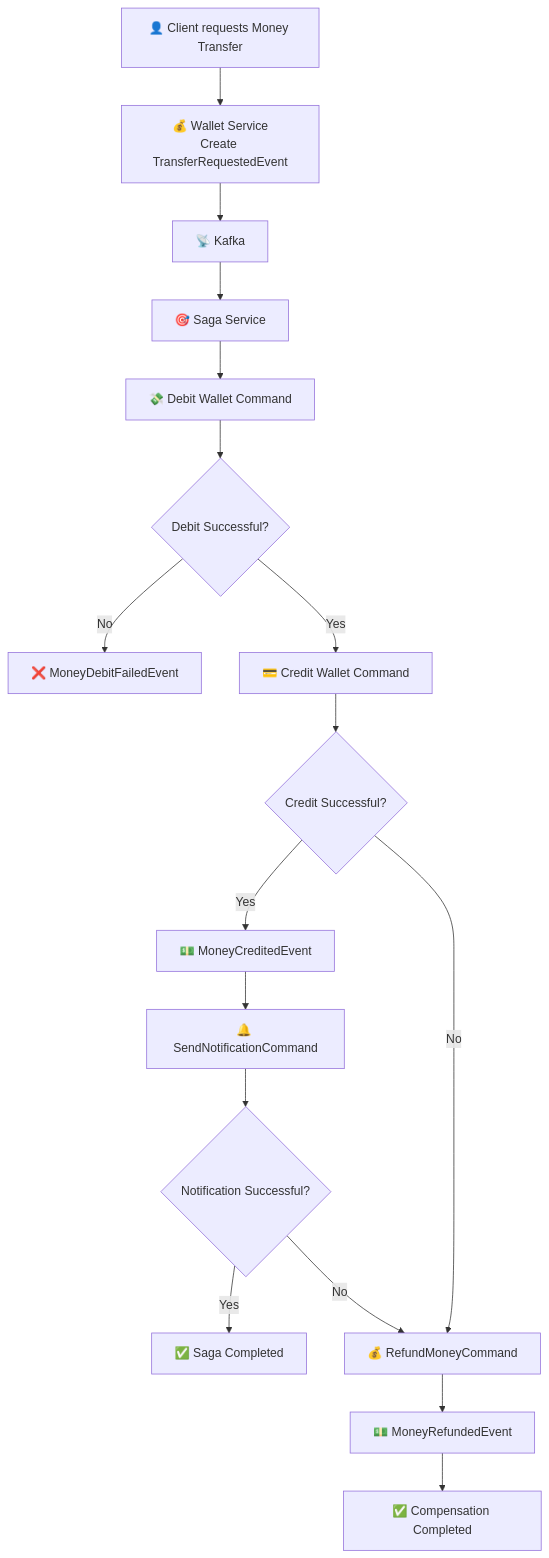
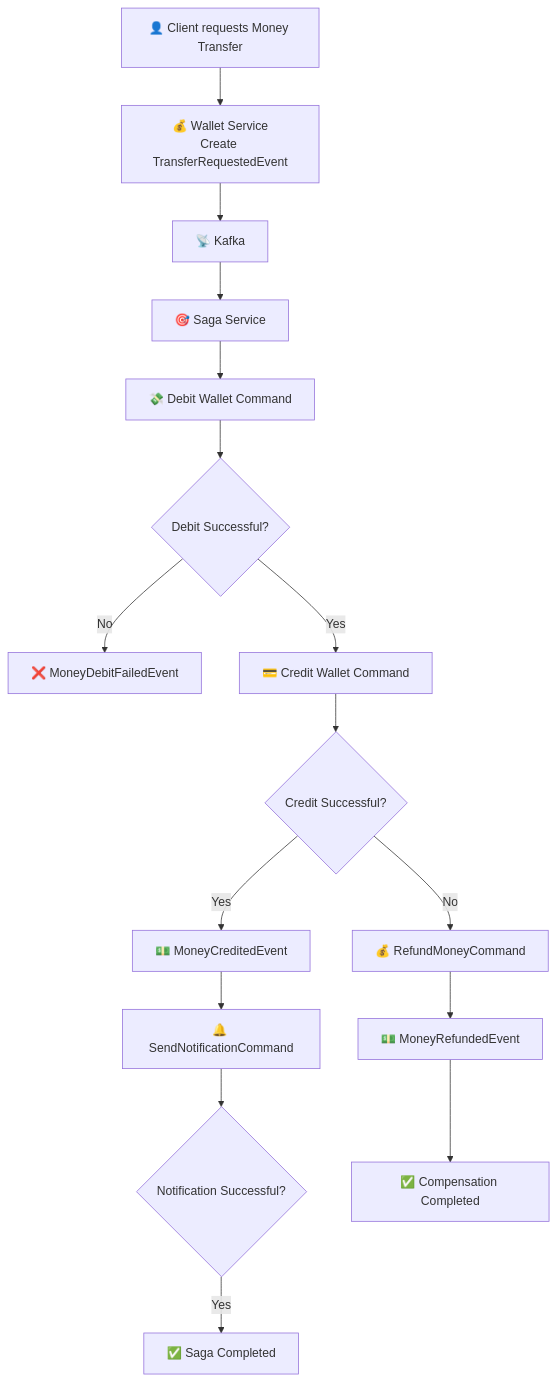
Before and after one commit to RAGHUVANSHI2024/PayFlow-V2: the second of 2 diagrams in README.md, drawn with Mermaid.

````diff
--- a/README.md
+++ b/README.md
@@ -188,65 +188,63 @@
 ```mermaid
 flowchart TD
 
     A["👤 Client requests Money Transfer"]
 
     B["💰 Wallet Service<br/>Create TransferRequestedEvent"]
 
     C["📡 Kafka"]
 
     D["🎯 Saga Service"]
 
     E["💸 Debit Wallet Command"]
 
     F{"Debit Successful?"}
 
     G["❌ MoneyDebitFailedEvent"]
 
     H["💳 Credit Wallet Command"]
 
     I{"Credit Successful?"}
 
     J["💵 MoneyCreditedEvent"]
 
     K["🔔 SendNotificationCommand"]
 
     L{"Notification Successful?"}
 
     M["✅ Saga Completed"]
 
     N["💰 RefundMoneyCommand"]
 
     O["💵 MoneyRefundedEvent"]
 
     P["✅ Compensation Completed"]
 
     A --> B
     B --> C
     C --> D
 
     D --> E
 
     E --> F
 
     F -- No --> G
 
     F -- Yes --> H
 
     H --> I
 
     I -- Yes --> J
 
     I -- No --> N
 
     J --> K
 
     K --> L
 
     L -- Yes --> M
 
-    L -- No --> N
-
     N --> O
 
     O --> P
 ```
````
